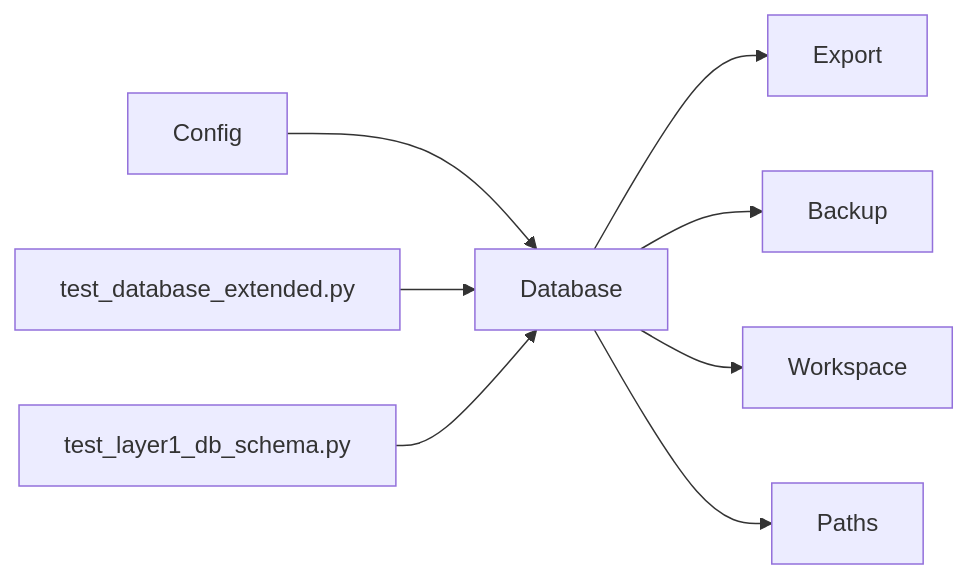
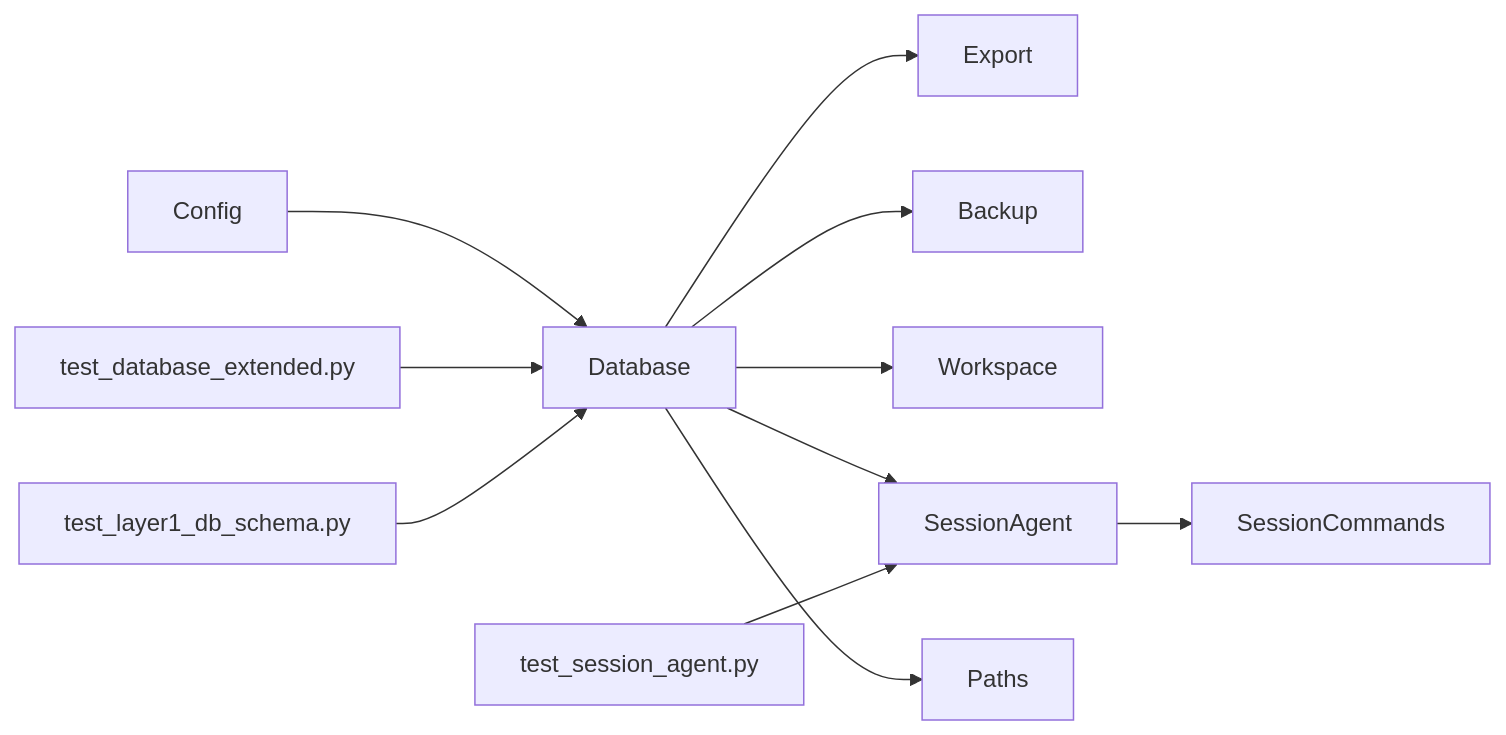
Before and after one commit to UynajGI/drbrain: the eighth of 8 diagrams in .qoder/repowiki/zh/content/核心模块详解/存储管理系统/数据库管理.md, drawn with Mermaid. The commit also changed other lines of this file and 6 other files, not shown here.

````diff
--- a/.qoder/repowiki/zh/content/核心模块详解/存储管理系统/数据库管理.md
+++ b/.qoder/repowiki/zh/content/核心模块详解/存储管理系统/数据库管理.md
@@ -457,10 +627,13 @@
 ```mermaid
 graph LR
 CFG["Config"] --> DB["Database"]
 DB --> EX["Export"]
 DB --> BK["Backup"]
 DB --> WS["Workspace"]
+DB --> SA["SessionAgent"]
+SA --> SC["SessionCommands"]
 DB --> PT["Paths"]
 T1["test_database_extended.py"] --> DB
 T2["test_layer1_db_schema.py"] --> DB
+T3["test_session_agent.py"] --> SA
 ```
````
